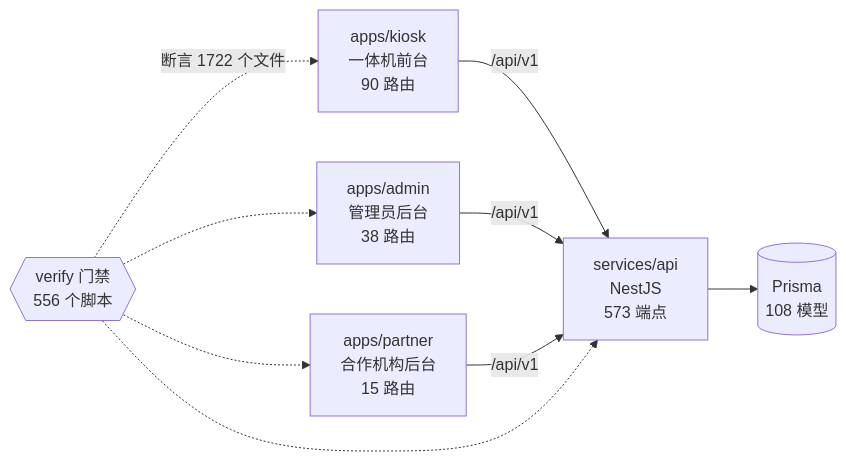
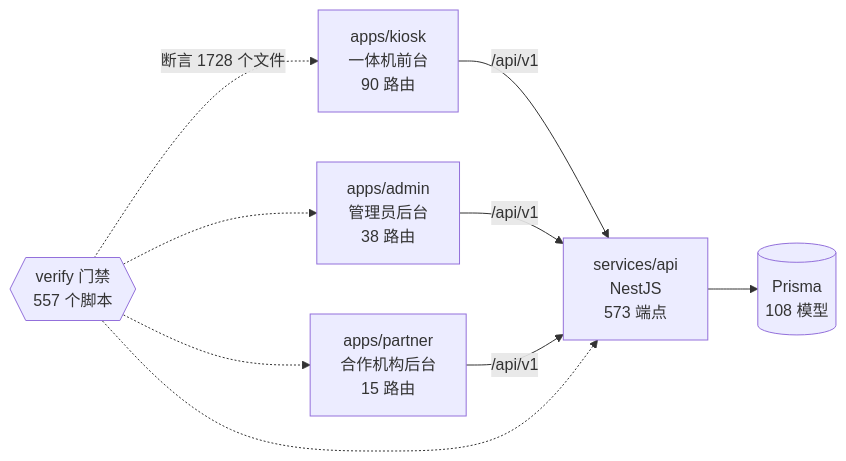
Before and after one commit to wanglei581/YITIJI: the diagram in docs/graph/README.md, drawn with Mermaid. The commit also changed other lines of this file and 2 other files, not shown here.

Commit message:
chore(graph): regenerate after merging candidate

````diff
--- a/docs/graph/README.md
+++ b/docs/graph/README.md
@@ -68,18 +68,18 @@
 ```mermaid
 flowchart LR
   kiosk["apps/kiosk<br/>一体机前台<br/>90 路由"]
   admin["apps/admin<br/>管理员后台<br/>38 路由"]
   partner["apps/partner<br/>合作机构后台<br/>15 路由"]
   api["services/api<br/>NestJS<br/>573 端点"]
   db[("Prisma<br/>108 模型")]
-  gates{{"verify 门禁<br/>556 个脚本"}}
+  gates{{"verify 门禁<br/>557 个脚本"}}
 
   kiosk -->|"/api/v1"| api
   admin -->|"/api/v1"| api
   partner -->|"/api/v1"| api
   api --> db
-  gates -.->|"断言 1722 个文件"| kiosk
+  gates -.->|"断言 1728 个文件"| kiosk
   gates -.-> admin
   gates -.-> partner
   gates -.-> api
 ```
````
